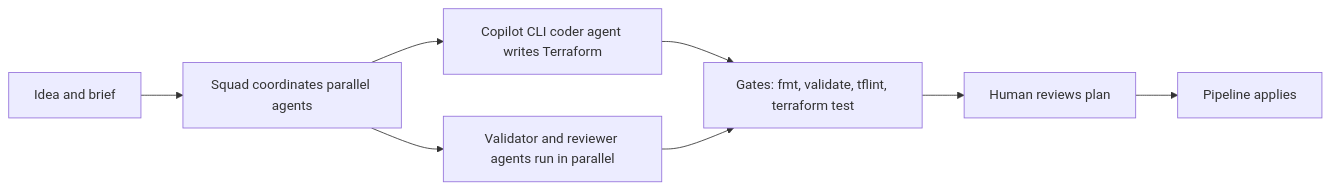
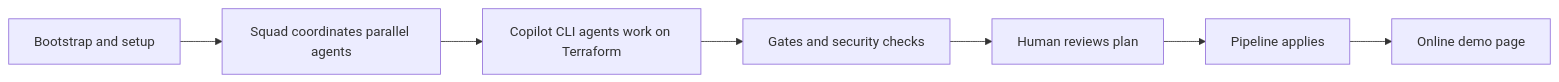
The diagram in docs/overview.md (martinopedal/squad-terraform-session-2026-10-14), drawn with Mermaid before and after one commit. The commit also changed other lines of this file, not shown here.

Commit message:
Rework overview around session flow

````diff
--- a/docs/overview.md
+++ b/docs/overview.md
@@ -26,10 +27,9 @@
 ```mermaid
 flowchart LR
-  A[Idea and brief] --> B[Squad coordinates parallel agents]
-  B --> C[Copilot CLI coder agent writes Terraform]
-  B --> D[Validator and reviewer agents run in parallel]
-  C --> E[Gates: fmt, validate, tflint, terraform test]
-  D --> E
-  E --> F[Human reviews plan]
-  F --> G[Pipeline applies]
+  A[Bootstrap and setup] --> B[Squad coordinates parallel agents]
+  B --> C[Copilot CLI agents work on Terraform]
+  C --> D[Gates and security checks]
+  D --> E[Human reviews plan]
+  E --> F[Pipeline applies]
+  F --> G[Online demo page]
 ```
````
